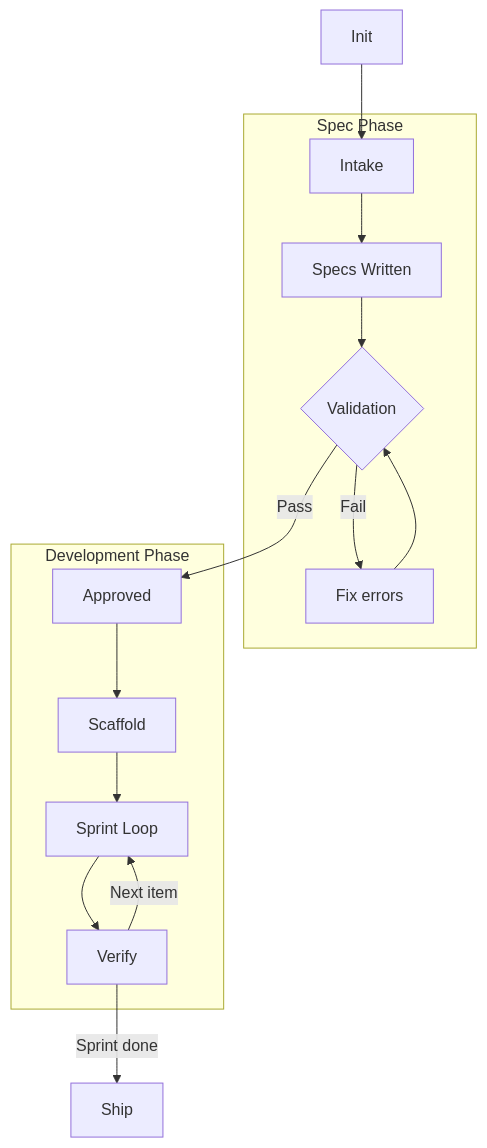
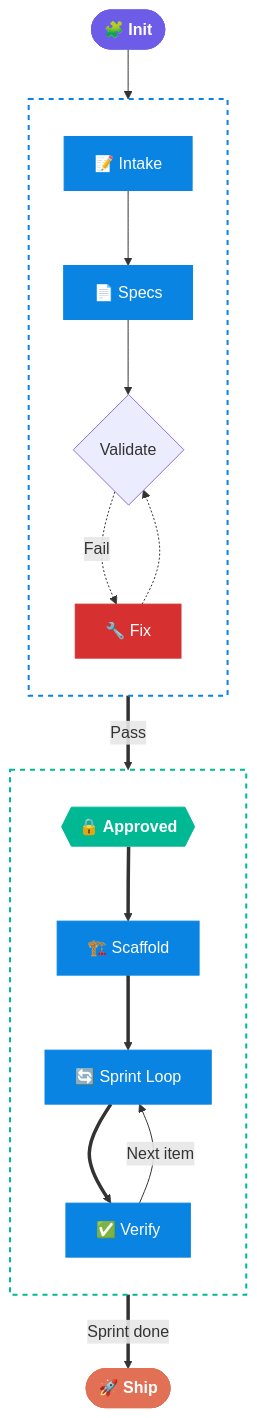
One commit to yunusakin/spectra changed the first of 4 diagrams in README.md. Above: the diagram before and after it, drawn with Mermaid. The commit also changed other lines of this file, not shown here.

````diff
--- a/README.md
+++ b/README.md
@@ -11,22 +11,40 @@
 ```mermaid
 flowchart TD
-    Init["Init"] --> Intake["Intake"]
+    Init(["🧩 Init"]) --> Intake["📝 Intake"]
 
-    subgraph spec ["Spec Phase"]
-        Intake --> Specs["Specs Written"]
-        Specs --> Validate{"Validation"}
-        Validate -->|Fail| Fix["Fix errors"]
-        Fix --> Validate
+    subgraph spec [" "]
+        direction TB
+        Intake --> Specs["📄 Specs"]
+        Specs --> Validate{"Validate"}
+        Validate -.->|Fail| Fix["🔧 Fix"]
+        Fix -.-> Validate
     end
 
-    Validate -->|Pass| Approve["Approved"]
+    Validate ==>|Pass| Approve{{"🔒 Approved"}}
 
-    subgraph dev ["Development Phase"]
-        Approve --> Scaffold["Scaffold"]
-        Scaffold --> Sprint["Sprint Loop"]
-        Sprint --> Verify["Verify"]
+    subgraph dev [" "]
+        direction TB
+        Approve ==> Scaffold["🏗️ Scaffold"]
+        Scaffold ==> Sprint["🔄 Sprint Loop"]
+        Sprint ==> Verify["✅ Verify"]
         Verify -->|Next item| Sprint
     end
 
-    Verify -->|Sprint done| Ship["Ship"]
+    Verify ==>|Sprint done| Ship(["🚀 Ship"])
+
+    classDef start fill:#6C5CE7,stroke:#6C5CE7,color:#fff,font-weight:bold
+    classDef phase fill:#0984E3,stroke:#0984E3,color:#fff
+    classDef gate fill:#00B894,stroke:#00B894,color:#fff,font-weight:bold
+    classDef action fill:#FDCB6E,stroke:#F39C12,color:#2D3436
+    classDef finish fill:#E17055,stroke:#E17055,color:#fff,font-weight:bold
+    classDef fix fill:#D63031,stroke:#D63031,color:#fff
+
+    class Init start
+    class Intake,Specs,Scaffold,Sprint,Verify phase
+    class Approve gate
+    class Fix fix
+    class Ship finish
+
+    style spec fill:none,stroke:#0984E3,stroke-width:2px,stroke-dasharray:5 5,color:#0984E3
+    style dev fill:none,stroke:#00B894,stroke-width:2px,stroke-dasharray:5 5,color:#00B894
 ```
````
